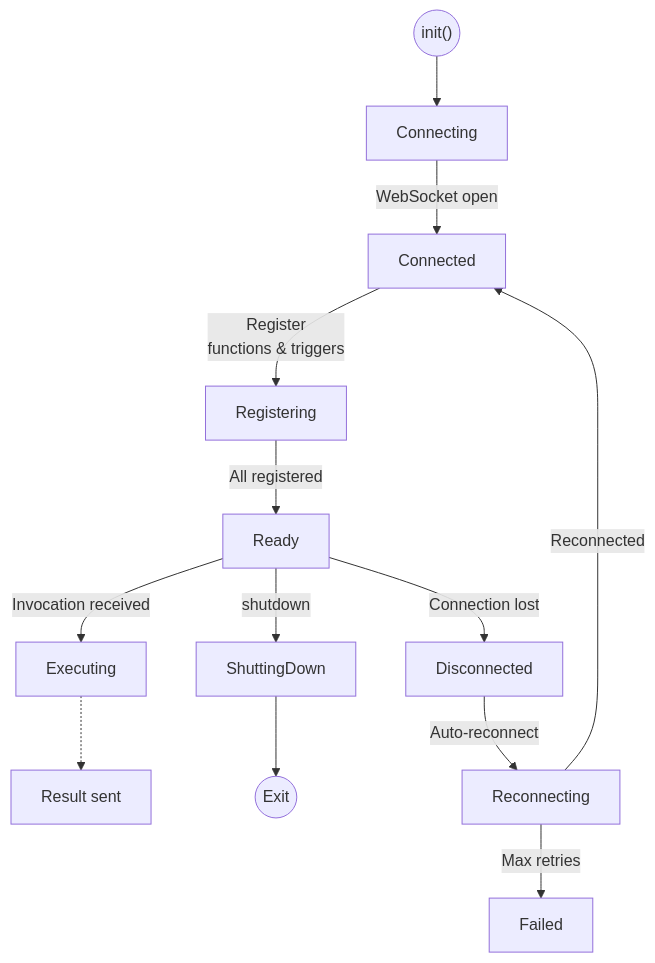
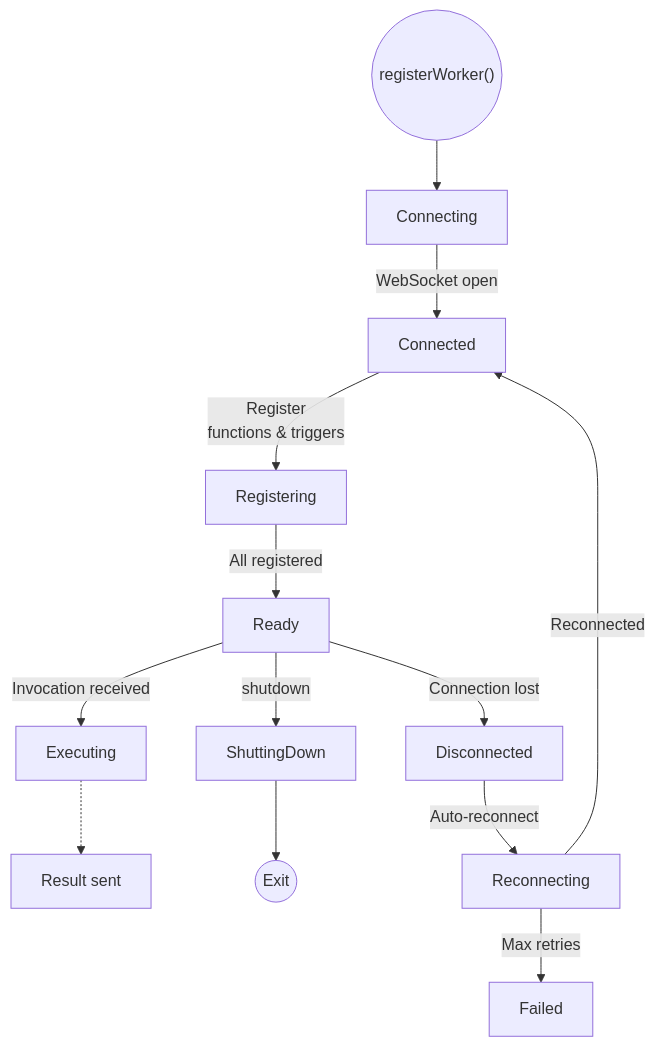
One commit to MotiaDev/motia changed the second of 2 diagrams in docs/content/architecture/workers.mdx. Above: the diagram before and after it, drawn with Mermaid. The commit also changed other lines of this file and 1 other file, not shown here.

Commit message:
docs: update core worker docs to use registerWorker/register_worker

````diff
--- a/docs/content/architecture/workers.mdx
+++ b/docs/content/architecture/workers.mdx
@@ -35,15 +35,15 @@
 ```mermaid
 flowchart TD
-    Start(("init()")) --> Connecting
+    Start(("registerWorker()")) --> Connecting
     Connecting -->|WebSocket open| Connected
     Connected -->|"Register<br/>functions & triggers"| Registering
     Registering -->|All registered| Ready
     Ready -->|Invocation received| Executing
     Executing -.-> RS[Result sent]
     Ready -->|shutdown| ShuttingDown
     ShuttingDown --> End((Exit))
     Ready -->|Connection lost| Disconnected
     Disconnected -->|Auto-reconnect| Reconnecting
     Reconnecting -->|Reconnected| Connected
     Reconnecting -->|Max retries| Failed
 ```
````
